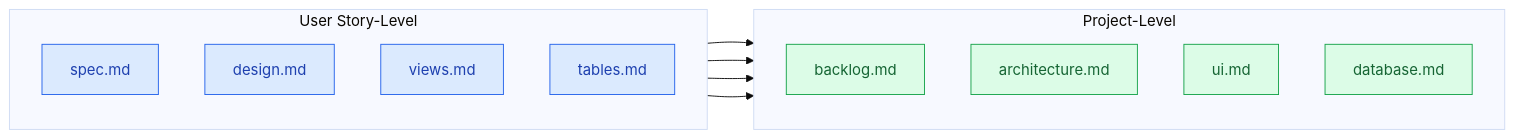
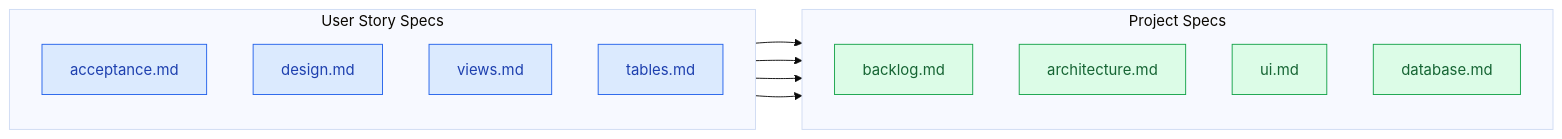
One commit to mtov/AgileSpec changed the seventh of 7 diagrams in README.md. Above: the diagram before and after it, drawn with Mermaid (base theme). The commit also changed other lines of this file, not shown here.

Commit message:
Refine AgileSpec terminology and story workflow

````diff
--- a/README.md
+++ b/README.md
@@ -317,29 +326,29 @@
 ```mermaid
 flowchart LR
-    subgraph S["User Story-Level"]
+    subgraph S["User Story Specs"]
         direction TB
-        S1["spec.md"]
+        S1["acceptance.md"]
         S2["design.md"]
         S3["views.md"]
         S4["tables.md"]
     end
 
-    subgraph P["Project-Level"]
+    subgraph P["Project Specs"]
         direction TB
         P1["backlog.md"]
         P2["architecture.md"]
         P3["ui.md"]
         P4["database.md"]
     end
 
     S1 --> P1
     S2 --> P2
     S3 --> P3
     S4 --> P4
 
     classDef story fill:#dbeafe,stroke:#2563eb,color:#1e40af
     classDef project fill:#dcfce7,stroke:#16a34a,color:#166534
 
     class S1,S2,S3,S4 story
     class P1,P2,P3,P4 project
 ```
````
